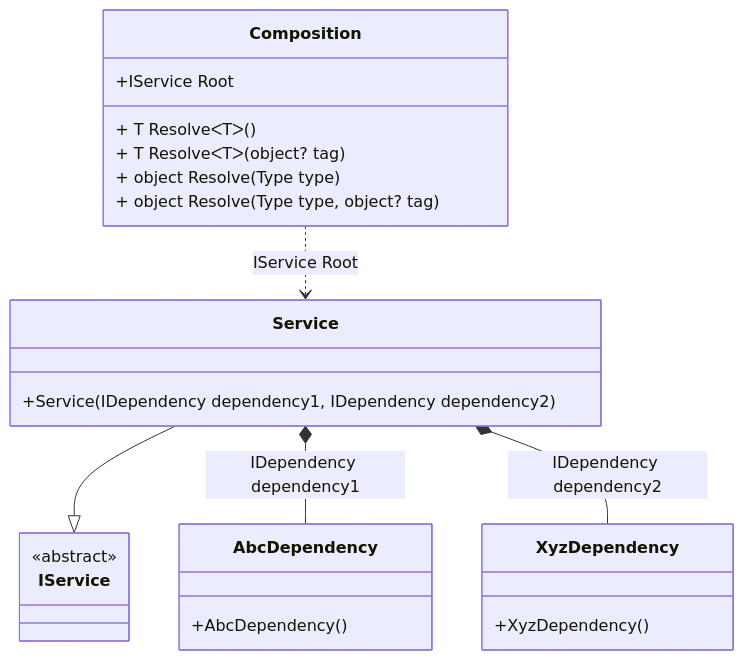
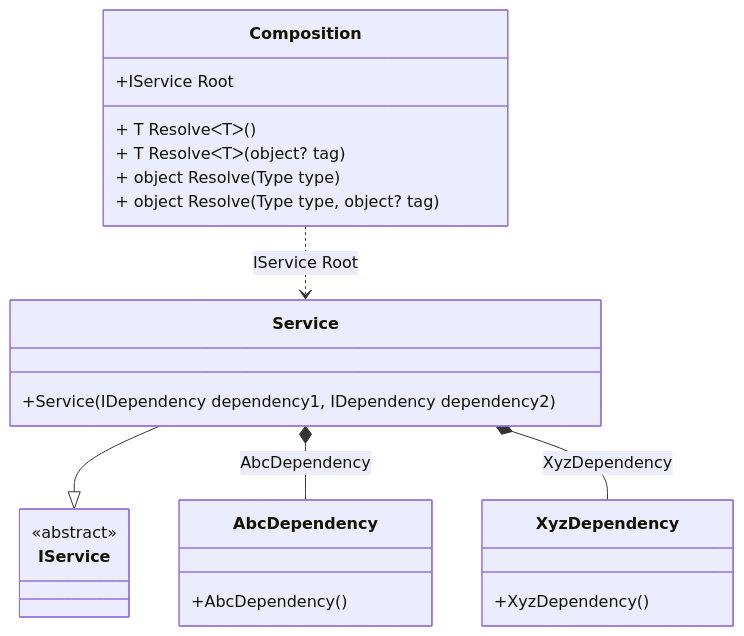
The diagram in readme/type-attribute.md (DevTeam/Pure.DI), drawn with Mermaid before and after one commit. The commit also changed other lines of this file and 84 other files, not shown here.

````diff
--- a/readme/type-attribute.md
+++ b/readme/type-attribute.md
@@ -48,26 +48,26 @@
 ```mermaid
 classDiagram
   class Composition {
     +IService Root
     + T ResolveᐸTᐳ()
     + T ResolveᐸTᐳ(object? tag)
     + object Resolve(Type type)
     + object Resolve(Type type, object? tag)
   }
   class XyzDependency {
     +XyzDependency()
   }
   class AbcDependency {
     +AbcDependency()
   }
   Service --|> IService : 
   class Service {
     +Service(IDependency dependency1, IDependency dependency2)
   }
   class IService {
     <<abstract>>
   }
-  Service *--  AbcDependency : IDependency dependency1
-  Service *--  XyzDependency : IDependency dependency2
+  Service *--  AbcDependency : AbcDependency
+  Service *--  XyzDependency : XyzDependency
   Composition ..> Service : IService Root
 ```
````
